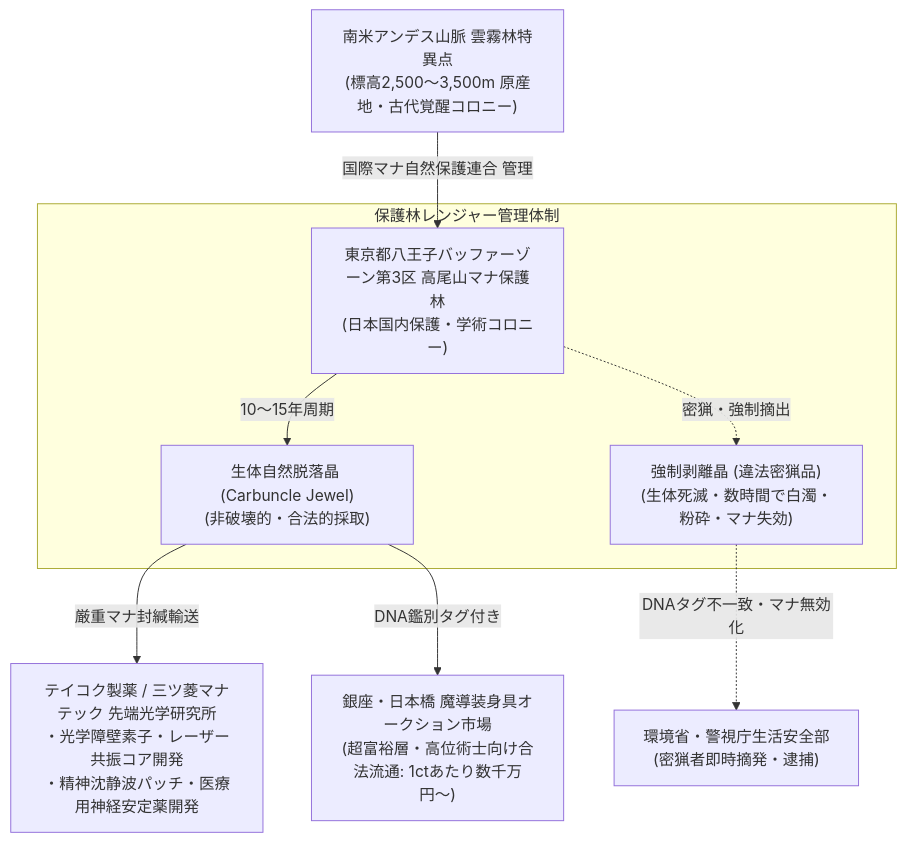
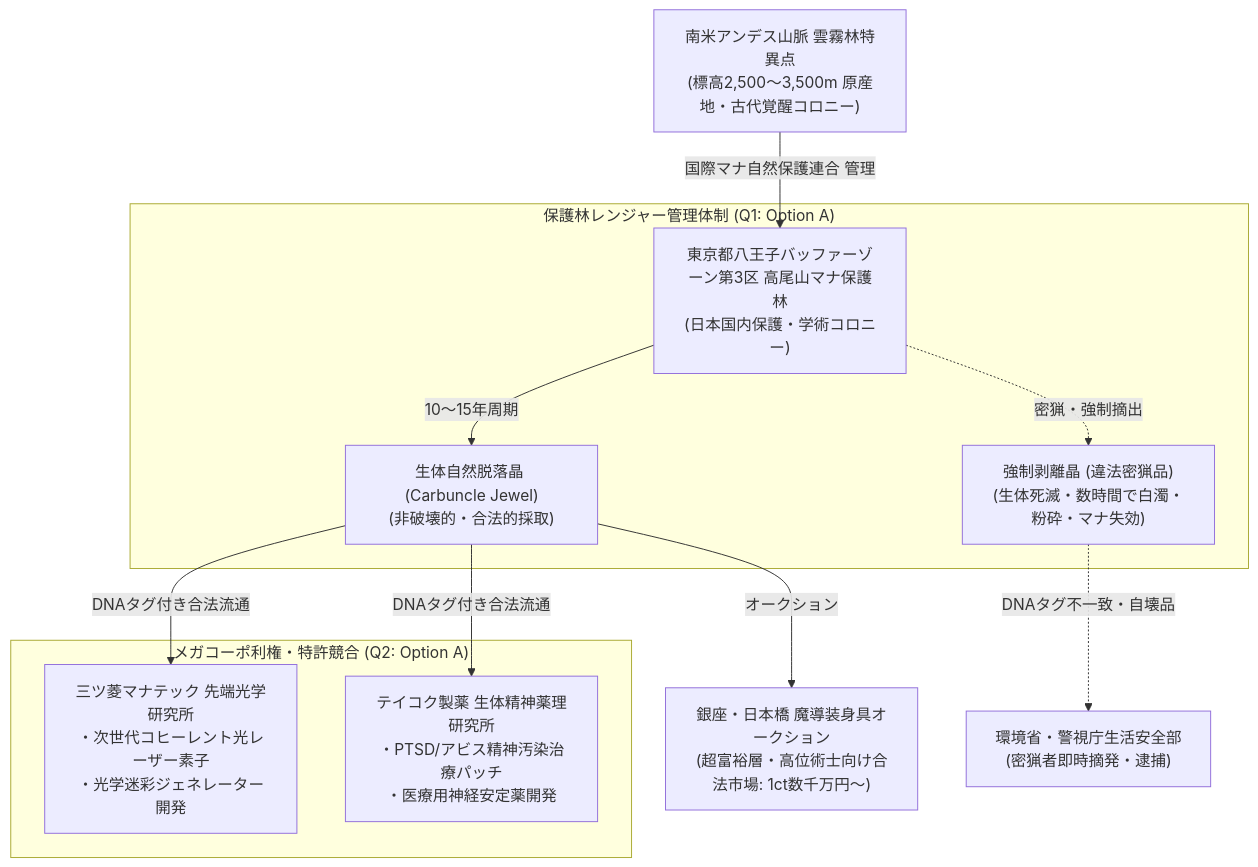
The second of 2 diagrams in creatures/006_carbuncle.md (takenoriohno-cloud/world-building), drawn with Mermaid before and after one commit. The commit also changed other lines of this file and 12 other files, not shown here.

Commit message:
feature/updateCreature add:南米地図追加

````diff
--- a/creatures/006_carbuncle.md
+++ b/creatures/006_carbuncle.md
@@ -48,15 +122,18 @@
 ```mermaid
 flowchart TD
     %% 南米アンデス〜結界都市保護区・カーバンクル共生・流通ネットワーク図
     ORIGIN["南米アンデス山脈 雲霧林特異点<br/>(標高2,500〜3,500m 原産地・古代覚醒コロニー)"] -->|国際マナ自然保護連合 管理| REAR["東京都八王子バッファーゾーン第3区 高尾山マナ保護林<br/>(日本国内保護・学術コロニー)"]
     
-    subgraph CONSERVATION["保護林レンジャー管理体制"]
+    subgraph CONSERVATION["保護林レンジャー管理体制 (Q1: Option A)"]
         REAR -->|10〜15年周期| SHED["生体自然脱落晶 (Carbuncle Jewel)<br/>(非破壊的・合法的採取)"]
         REAR -.->|密猟・強制摘出| POACH["強制剥離晶 (違法密猟品)<br/>(生体死滅・数時間で白濁・粉砕・マナ失効)"]
     end
 
-    SHED -->|厳重マナ封緘輸送| LAB["テイコク製薬 / 三ツ菱マナテック 先端光学研究所<br/>・光学障壁素子・レーザー共振コア開発<br/>・精神沈静波パッチ・医療用神経安定薬開発"]
-    SHED -->|DNA鑑別タグ付き| MARKET["銀座・日本橋 魔導装身具オークション市場<br/>(超富裕層・高位術士向け合法流通: 1ctあたり数千万円〜)"]
-    
-    POACH -.->|DNAタグ不一致・マナ無効化| ARREST["環境省・警視庁生活安全部<br/>(密猟者即時摘発・逮捕)"]
+    subgraph CORPORATE["メガコーポ利権・特許競合 (Q2: Option A)"]
+        SHED -->|DNAタグ付き合法流通| MITSUBISHI["三ツ菱マナテック 先端光学研究所<br/>・次世代コヒーレント光レーザー素子<br/>・光学迷彩ジェネレーター開発"]
+        SHED -->|DNAタグ付き合法流通| TEIKOKU["テイコク製薬 生体精神薬理研究所<br/>・PTSD/アビス精神汚染治療パッチ<br/>・医療用神経安定薬開発"]
+    end
+
+    SHED -->|オークション| MARKET["銀座・日本橋 魔導装身具オークション<br/>(超富裕層・高位術士向け合法市場: 1ct数千万円〜)"]
+    POACH -.->|DNAタグ不一致・自壊品| ARREST["環境省・警視庁生活安全部<br/>(密猟者即時摘発・逮捕)"]
 ```
````
